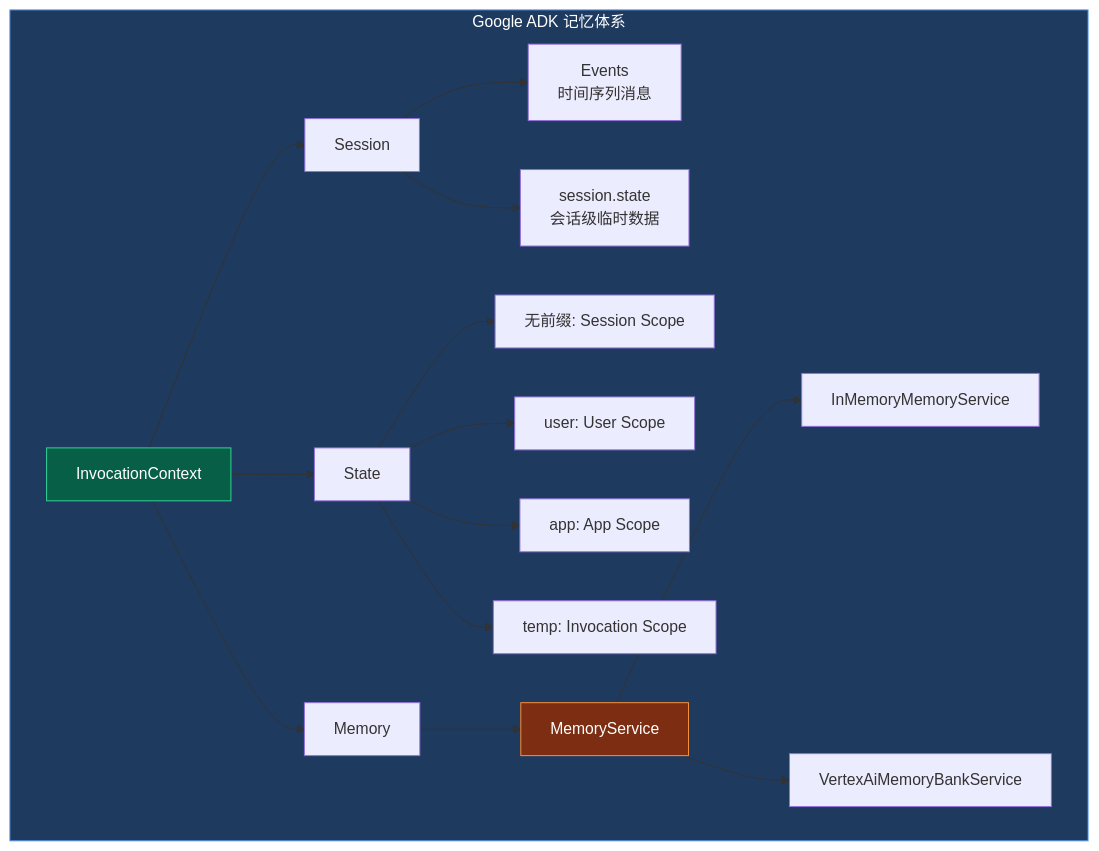
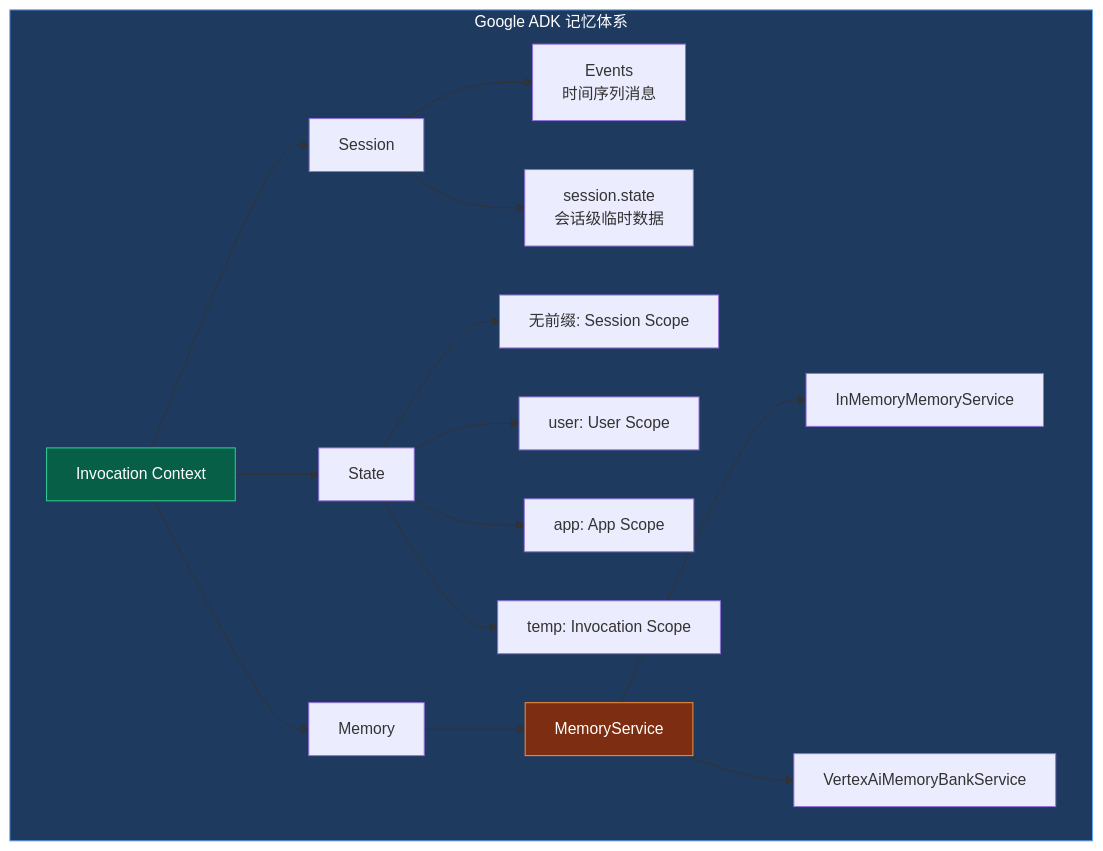
The fourth of 7 diagrams in docs/research/010-context-engineering.md (ThreeFish-AI/agentic-ai-cognizes), drawn with Mermaid before and after one commit. The commit also changed other lines of this file, not shown here.

````diff
--- a/docs/research/010-context-engineering.md
+++ b/docs/research/010-context-engineering.md
@@ -393,24 +399,24 @@
 ```mermaid
 graph TD
     subgraph ADK["Google ADK 记忆体系"]
-        IC[InvocationContext] --> S[Session]
+        IC[Invocation Context] --> S[Session]
         IC --> ST[State]
         IC --> M[Memory]
 
         S --> SE["Events<br>时间序列消息"]
         S --> SS["session.state<br>会话级临时数据"]
 
         ST --> ST1["无前缀: Session Scope"]
         ST --> ST2["user: User Scope"]
         ST --> ST3["app: App Scope"]
         ST --> ST4["temp: Invocation Scope"]
 
         M --> MM[MemoryService]
         MM --> MM1[InMemoryMemoryService]
         MM --> MM2[VertexAiMemoryBankService]
     end
 
     style ADK fill:#1e3a5f,stroke:#60a5fa,color:#fff
     style IC fill:#065f46,stroke:#34d399,color:#fff
     style MM fill:#7c2d12,stroke:#fb923c,color:#fff
 ```
````
